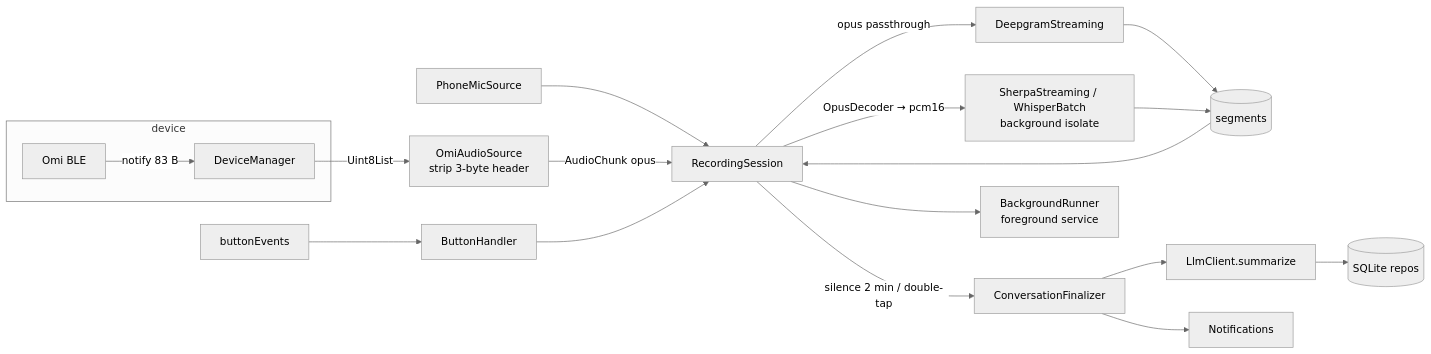
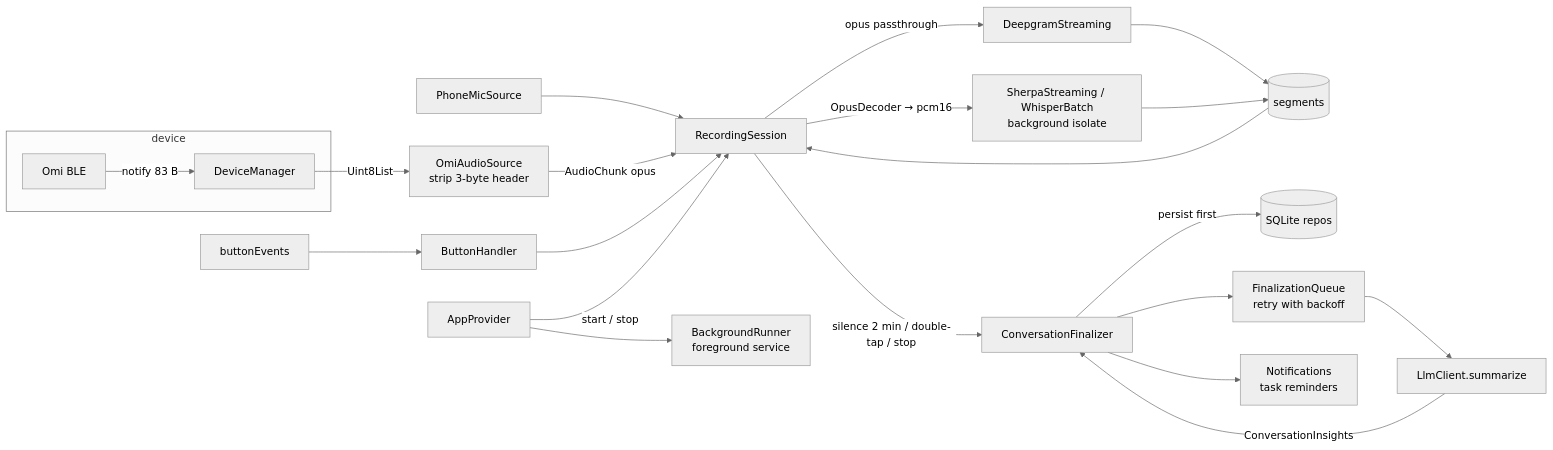
The diagram in docs/03-architecture.md (johnpark-bin/LibreOmi), drawn with Mermaid (neutral theme) before and after one commit. The commit also changed other lines of this file and 14 other files, not shown here.

````diff
--- a/docs/03-architecture.md
+++ b/docs/03-architecture.md
@@ -217,20 +228,23 @@
 ```mermaid
 flowchart LR
   subgraph device
     OMI[Omi BLE] -->|notify 83 B| DM[DeviceManager]
   end
   DM -->|Uint8List| OAS[OmiAudioSource\nstrip 3-byte header]
   MIC[PhoneMicSource] --> RS
   OAS -->|AudioChunk opus| RS[RecordingSession]
   RS -->|opus passthrough| DG[DeepgramStreaming]
   RS -->|OpusDecoder → pcm16| SH[SherpaStreaming / WhisperBatch\nbackground isolate]
   DG --> SEG[(segments)]
   SH --> SEG
   SEG --> RS
-  RS -->|silence 2 min / double-tap| FIN[ConversationFinalizer]
-  FIN --> LLM[LlmClient.summarize]
-  LLM --> REPO[(SQLite repos)]
-  FIN --> NOTIF[Notifications]
+  RS -->|silence 2 min / double-tap / stop| FIN[ConversationFinalizer]
+  FIN -->|persist first| REPO[(SQLite repos)]
+  FIN --> Q[FinalizationQueue\nretry with backoff]
+  Q --> LLM[LlmClient.summarize]
+  LLM -->|ConversationInsights| FIN
+  FIN --> NOTIF[Notifications\ntask reminders]
   BTN[buttonEvents] --> BH[ButtonHandler] --> RS
-  RS --> BG[BackgroundRunner\nforeground service]
+  AP[AppProvider] -->|start / stop| RS
+  AP --> BG[BackgroundRunner\nforeground service]
 ```
````
